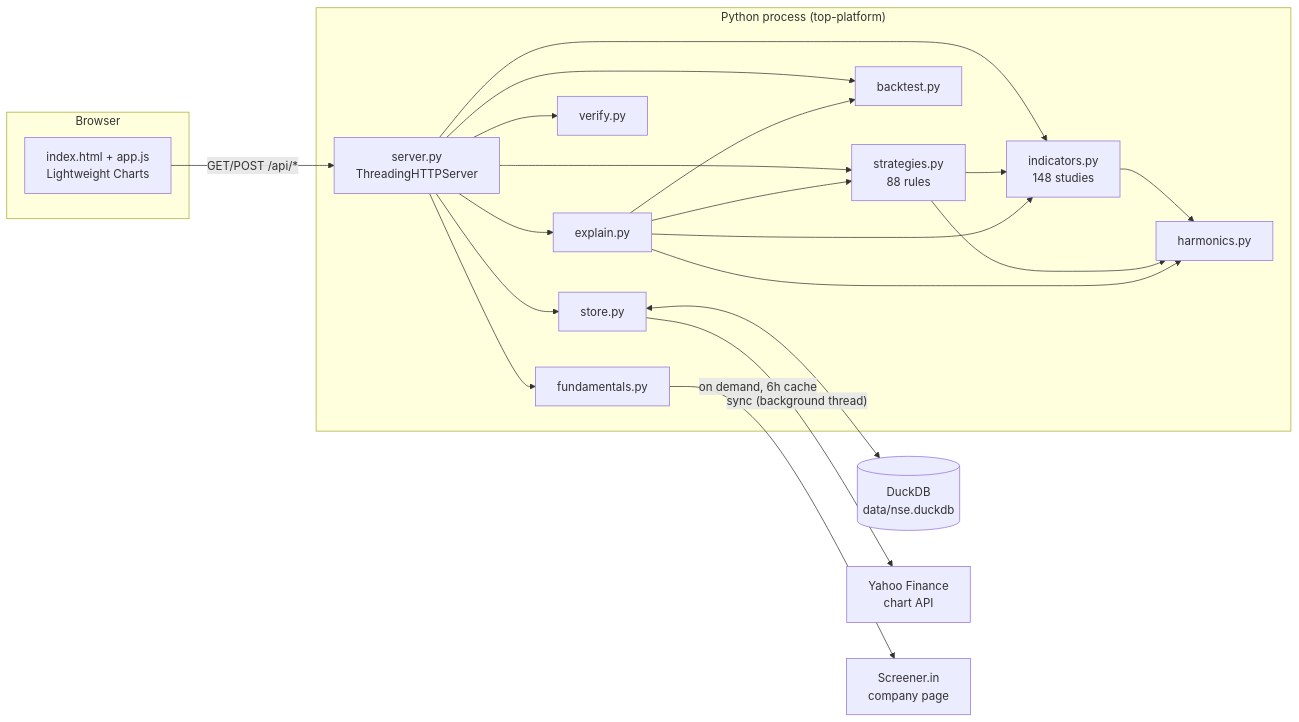
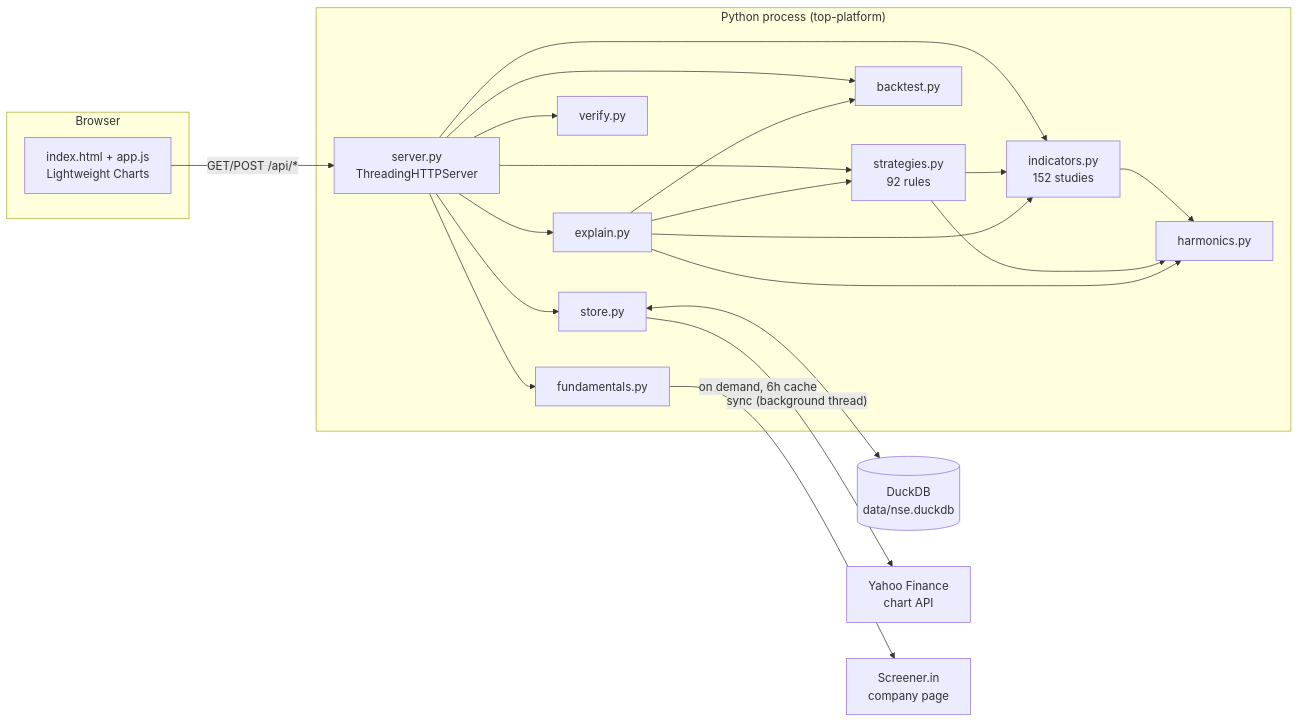
One commit to garv08/Trade-Observability-Platform changed the first of 3 diagrams in docs/design.md. Above: the diagram before and after it, drawn with Mermaid. The commit also changed other lines of this file and 50 other files, not shown here.

````diff
--- a/docs/design.md
+++ b/docs/design.md
@@ -28,31 +28,31 @@
 ```mermaid
 flowchart LR
   subgraph Browser
     UI["index.html + app.js<br/>Lightweight Charts"]
   end
   subgraph "Python process (top-platform)"
     S["server.py<br/>ThreadingHTTPServer"]
-    IND["indicators.py<br/>148 studies"]
-    STR["strategies.py<br/>88 rules"]
+    IND["indicators.py<br/>152 studies"]
+    STR["strategies.py<br/>92 rules"]
     BT["backtest.py"]
     HAR["harmonics.py"]
     EX["explain.py"]
     FUN["fundamentals.py"]
     VER["verify.py"]
     ST["store.py"]
   end
   DB[("DuckDB<br/>data/nse.duckdb")]
   Y["Yahoo Finance<br/>chart API"]
   SC["Screener.in<br/>company page"]
 
   UI -- "GET/POST /api/*" --> S
   S --> IND & STR & BT & EX & FUN & VER
   STR --> IND
   IND --> HAR
   STR --> HAR
   EX --> IND & STR & BT & HAR
   S --> ST
   ST <--> DB
   ST -- "sync (background thread)" --> Y
   FUN -- "on demand, 6h cache" --> SC
 ```
````
